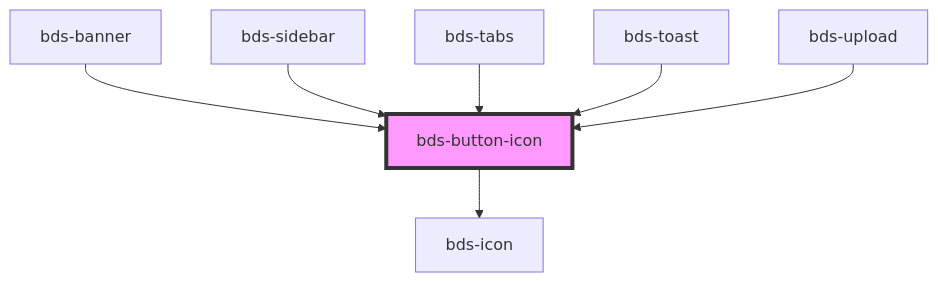
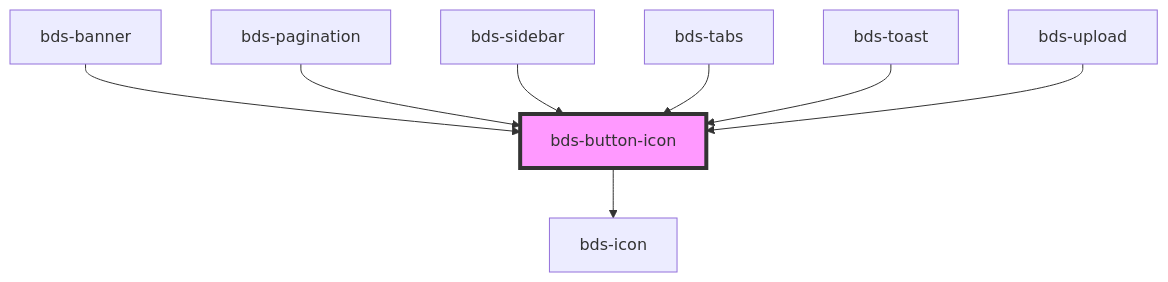
One commit to takenet/blip-ds changed the diagram in src/components/icon-button/readme.md. Above: the diagram before and after it, drawn with Mermaid. The commit also changed other lines of this file and 14 other files, not shown here.

````diff
--- a/src/components/icon-button/readme.md
+++ b/src/components/icon-button/readme.md
@@ -33,10 +34,11 @@
 ```mermaid
 graph TD;
   bds-button-icon --> bds-icon
   bds-banner --> bds-button-icon
+  bds-pagination --> bds-button-icon
   bds-sidebar --> bds-button-icon
   bds-tabs --> bds-button-icon
   bds-toast --> bds-button-icon
   bds-upload --> bds-button-icon
   style bds-button-icon fill:#f9f,stroke:#333,stroke-width:4px
 ```
````
